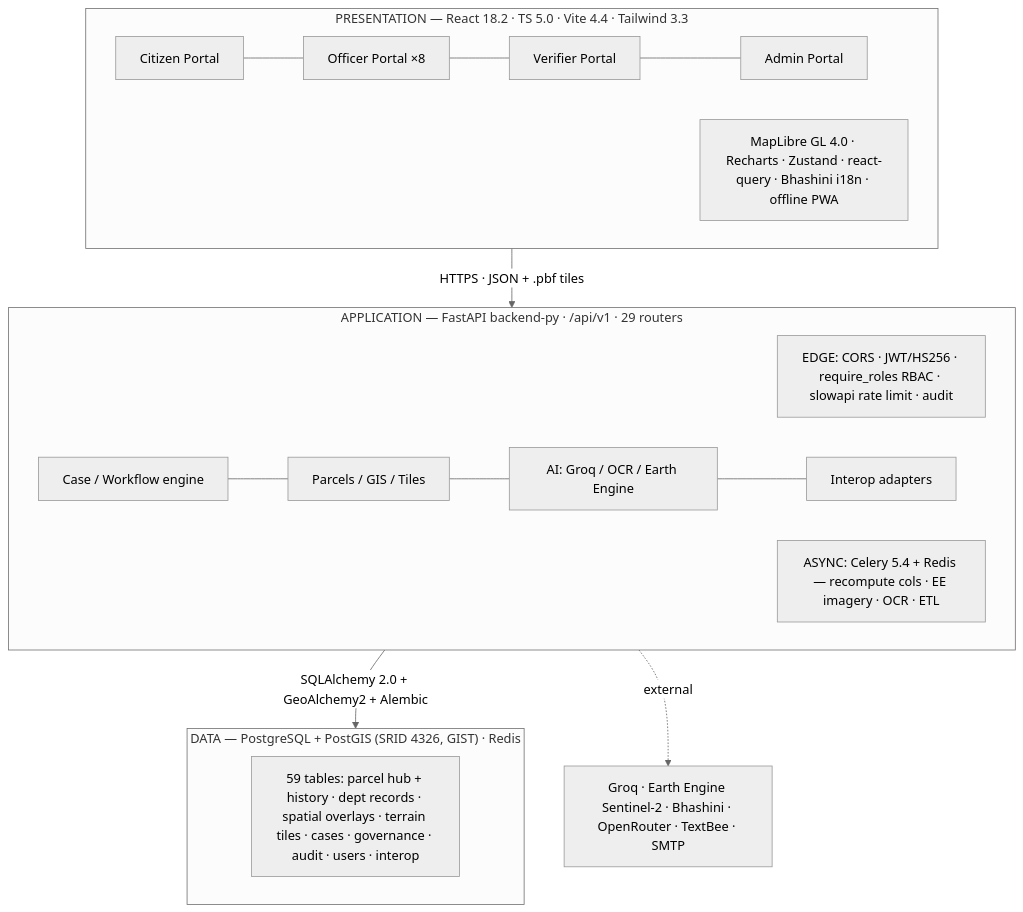
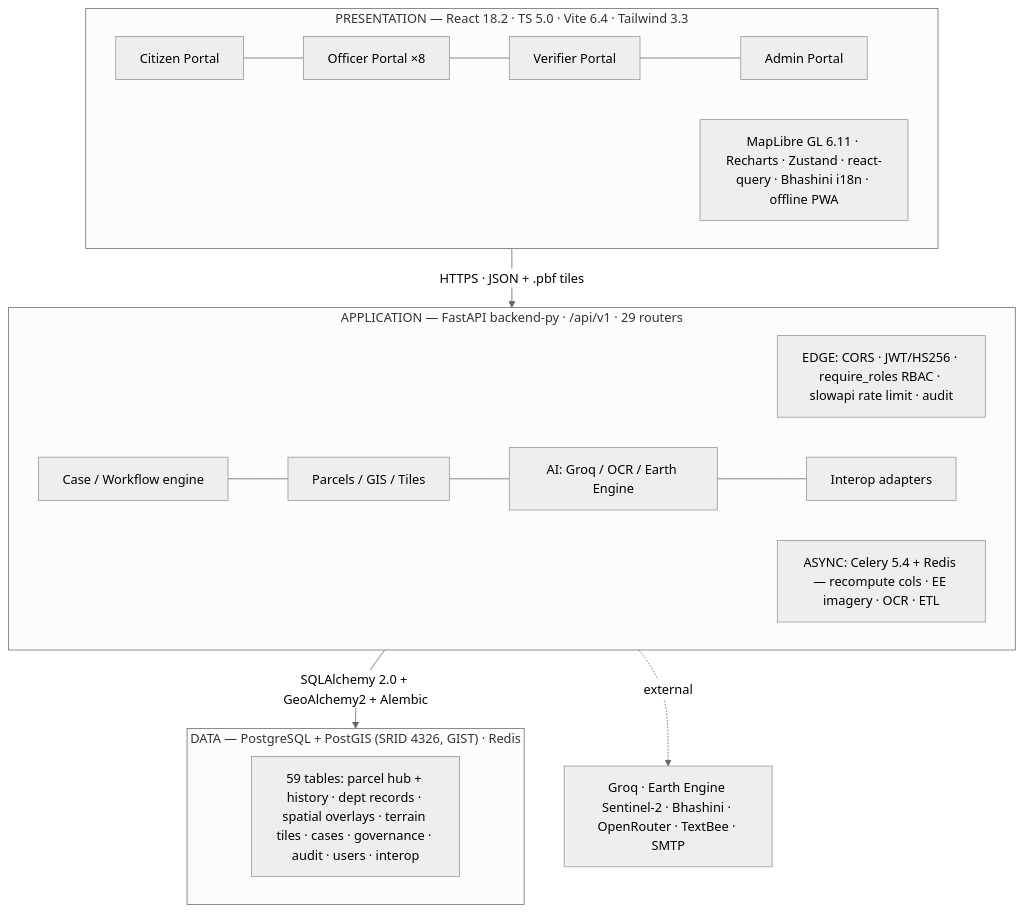
One commit to BhavyaSoni21/BhoomiSetu changed the second of 4 diagrams in README.md. Above: the diagram before and after it, drawn with Mermaid (neutral theme). The commit also changed other lines of this file, not shown here.

````diff
--- a/README.md
+++ b/README.md
@@ -276,20 +276,20 @@
 ```mermaid
 flowchart TB
-    subgraph P["PRESENTATION — React 18.2 · TS 5.0 · Vite 4.4 · Tailwind 3.3"]
+    subgraph P["PRESENTATION — React 18.2 · TS 5.0 · Vite 6.4 · Tailwind 3.3"]
         direction LR
         P1[Citizen Portal] --- P2[Officer Portal ×8] --- P3[Verifier Portal] --- P4[Admin Portal]
-        P5[MapLibre GL 4.0 · Recharts · Zustand · react-query · Bhashini i18n · offline PWA]
+        P5[MapLibre GL 6.11 · Recharts · Zustand · react-query · Bhashini i18n · offline PWA]
     end
     subgraph A["APPLICATION — FastAPI backend-py · /api/v1 · 29 routers"]
         direction LR
         A0[EDGE: CORS · JWT/HS256 · require_roles RBAC · slowapi rate limit · audit]
         A1[Case / Workflow engine] --- A2[Parcels / GIS / Tiles] --- A3[AI: Groq / OCR / Earth Engine] --- A4[Interop adapters]
         A5[ASYNC: Celery 5.4 + Redis — recompute cols · EE imagery · OCR · ETL]
     end
     subgraph D["DATA — PostgreSQL + PostGIS (SRID 4326, GIST) · Redis"]
         D1[59 tables: parcel hub + history · dept records · spatial overlays · terrain tiles · cases · governance · audit · users · interop]
     end
     P -->|HTTPS · JSON + .pbf tiles| A
     A -->|SQLAlchemy 2.0 + GeoAlchemy2 + Alembic| D
     A -.->|external| X[Groq · Earth Engine Sentinel-2 · Bhashini · OpenRouter · TextBee · SMTP]
 ```
````
